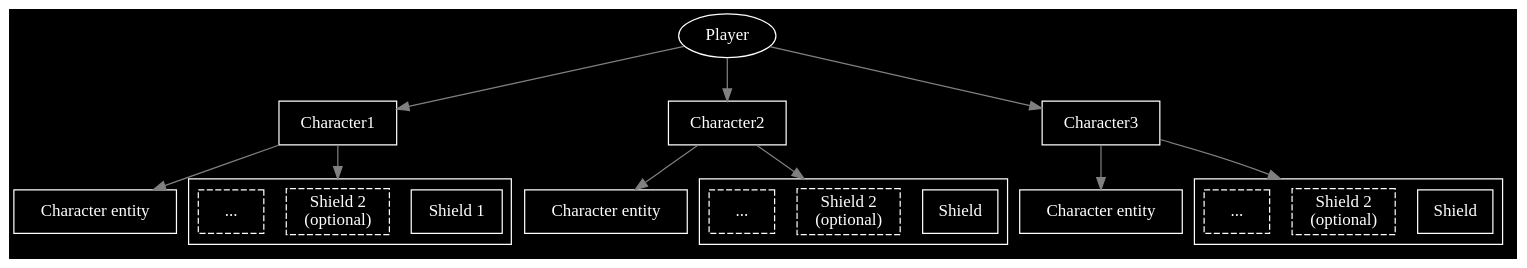
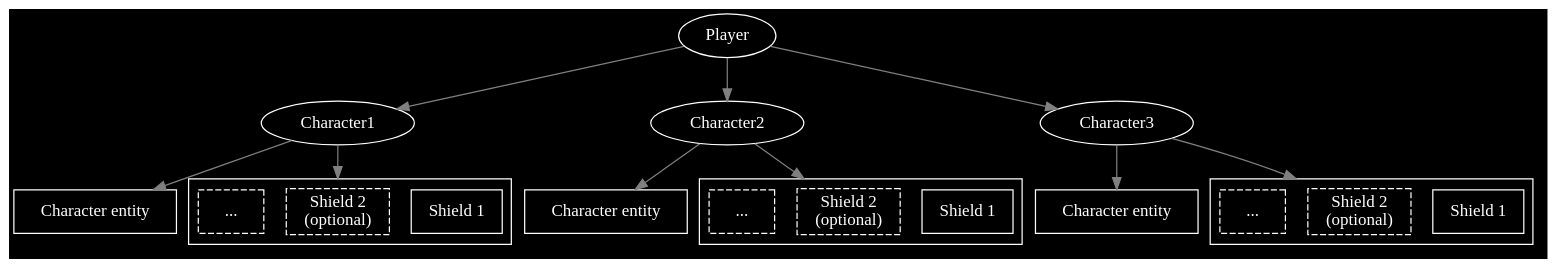
Before and after one commit to Alt-Org/Altzone: the fifth of 9 diagrams in Doc/Doxygen/Battle/additional-documentation/pages/1-concepts-player-.md, drawn with Graphviz. The commit also changed other lines of this file and 13 other files, not shown here.

````diff
--- a/Doc/Doxygen/Battle/additional-documentation/pages/1-concepts-player-.md
+++ b/Doc/Doxygen/Battle/additional-documentation/pages/1-concepts-player-.md
@@ -230,45 +230,45 @@
 ```dot
 digraph PlayerCharacterEntities {
   color=white;
   fontcolor=white;
   bgcolor=black;
   compound=true;
 
   node [shape=box, style=filled, color=white, fontcolor=white, fillcolor=black];
   edge [color=gray];
 
   Player              [label="Player", shape=ellipse];
-  Character1          [label="Character1"];
-  Character2          [label="Character2"];
-  Character3          [label="Character3"];
+  Character1          [label="Character1", shape=ellipse];
+  Character2          [label="Character2", shape=ellipse];
+  Character3          [label="Character3", shape=ellipse];
   CharacterEntity1    [label="Character entity"];
   CharacterEntity2    [label="Character entity"];
   CharacterEntity3    [label="Character entity"];
 
   subgraph cluster_shield_group_1{
     G1_Shield1 [label="Shield 1", style=solid];
     G1_Shield2 [label="Shield 2\n(optional)", style=dashed];
     G1_Shield3 [label="...", style=dashed];
   }
 
   subgraph cluster_shield_group_2{
-    G2_Shield1 [label="Shield", style=solid];
+    G2_Shield1 [label="Shield 1", style=solid];
     G2_Shield2 [label="Shield 2\n(optional)", style=dashed];
     G2_Shield3 [label="...", style=dashed];
   }
 
   subgraph cluster_shield_group_3{
-    G3_Shield1 [label="Shield", style=solid];
+    G3_Shield1 [label="Shield 1", style=solid];
     G3_Shield2 [label="Shield 2\n(optional)", style=dashed];
     G3_Shield3 [label="...", style=dashed];
   }
 
   Player -> Character1, Character2, Character3;
   Character1 -> CharacterEntity1;
   Character2 -> CharacterEntity2;
   Character3 -> CharacterEntity3;
   Character1 -> G1_Shield2 [lhead=cluster_shield_group_1];
   Character2 -> G2_Shield2 [lhead=cluster_shield_group_2];
   Character3 -> G3_Shield2 [lhead=cluster_shield_group_3];
 }
 ```
````
